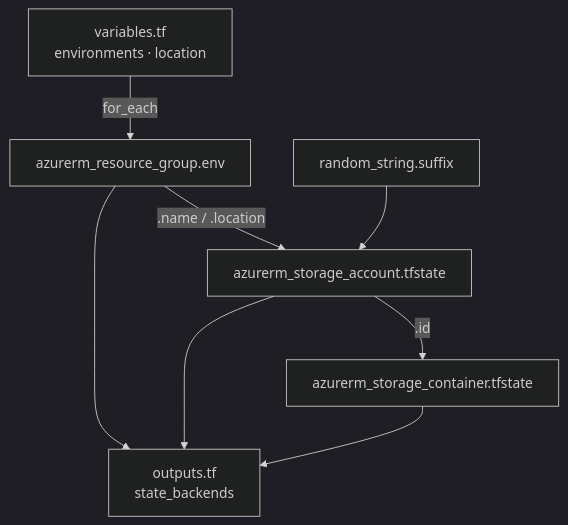
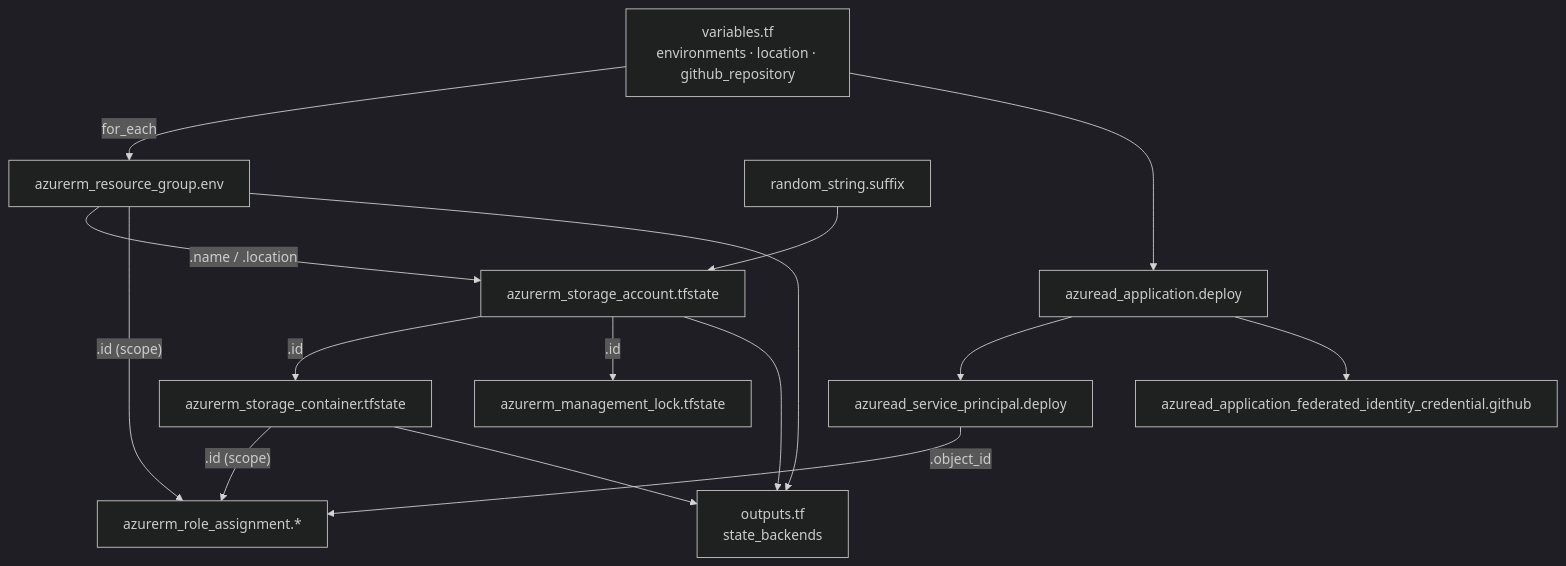
One commit to tymattes/azure-playground changed the second of 3 diagrams in docs/bootstrap.md. Above: the diagram before and after it, drawn with Mermaid (dark theme). The commit also changed other lines of this file and 10 other files, not shown here.

First line of the commit message:
Bootstrap: per-env deploy identities, RBAC, state locks (#5)

````diff
--- a/docs/bootstrap.md
+++ b/docs/bootstrap.md
@@ -45,10 +67,17 @@
 ```mermaid
 flowchart TB
-    vars["variables.tf<br/>environments · location"] -- "for_each" --> rg["azurerm_resource_group.env"]
+    vars["variables.tf<br/>environments · location · github_repository"] -- "for_each" --> rg["azurerm_resource_group.env"]
     sfx["random_string.suffix"] --> sa["azurerm_storage_account.tfstate"]
     rg -- ".name / .location" --> sa
     sa -- ".id" --> c["azurerm_storage_container.tfstate"]
+    sa -- ".id" --> lock["azurerm_management_lock.tfstate"]
+    vars --> app["azuread_application.deploy"]
+    app --> sp["azuread_service_principal.deploy"]
+    app --> fic["azuread_application_federated_identity_credential.github"]
+    sp -- ".object_id" --> ra["azurerm_role_assignment.*"]
+    rg -- ".id (scope)" --> ra
+    c -- ".id (scope)" --> ra
     rg --> out["outputs.tf<br/>state_backends"]
     sa --> out
     c --> out
 ```
````
